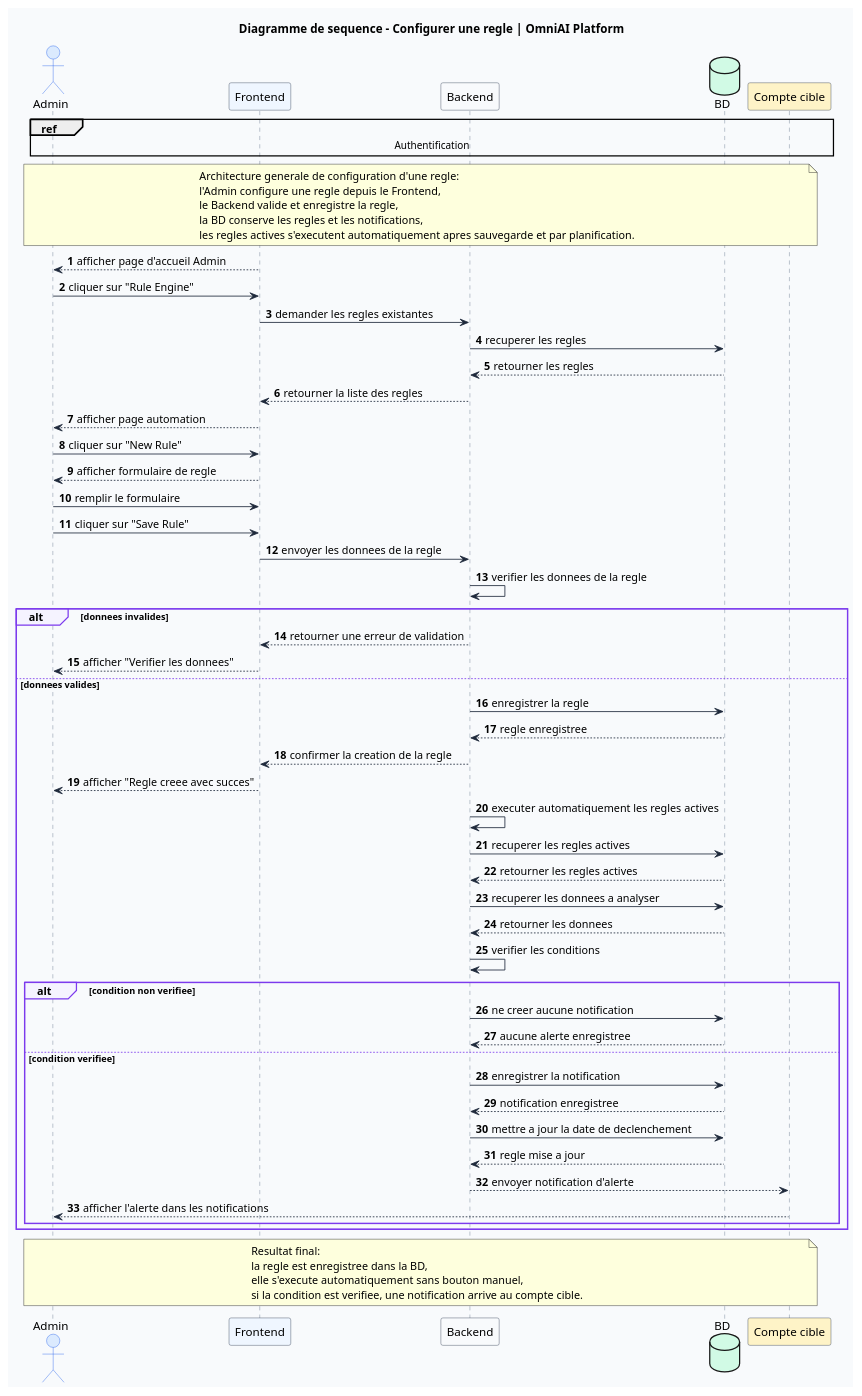
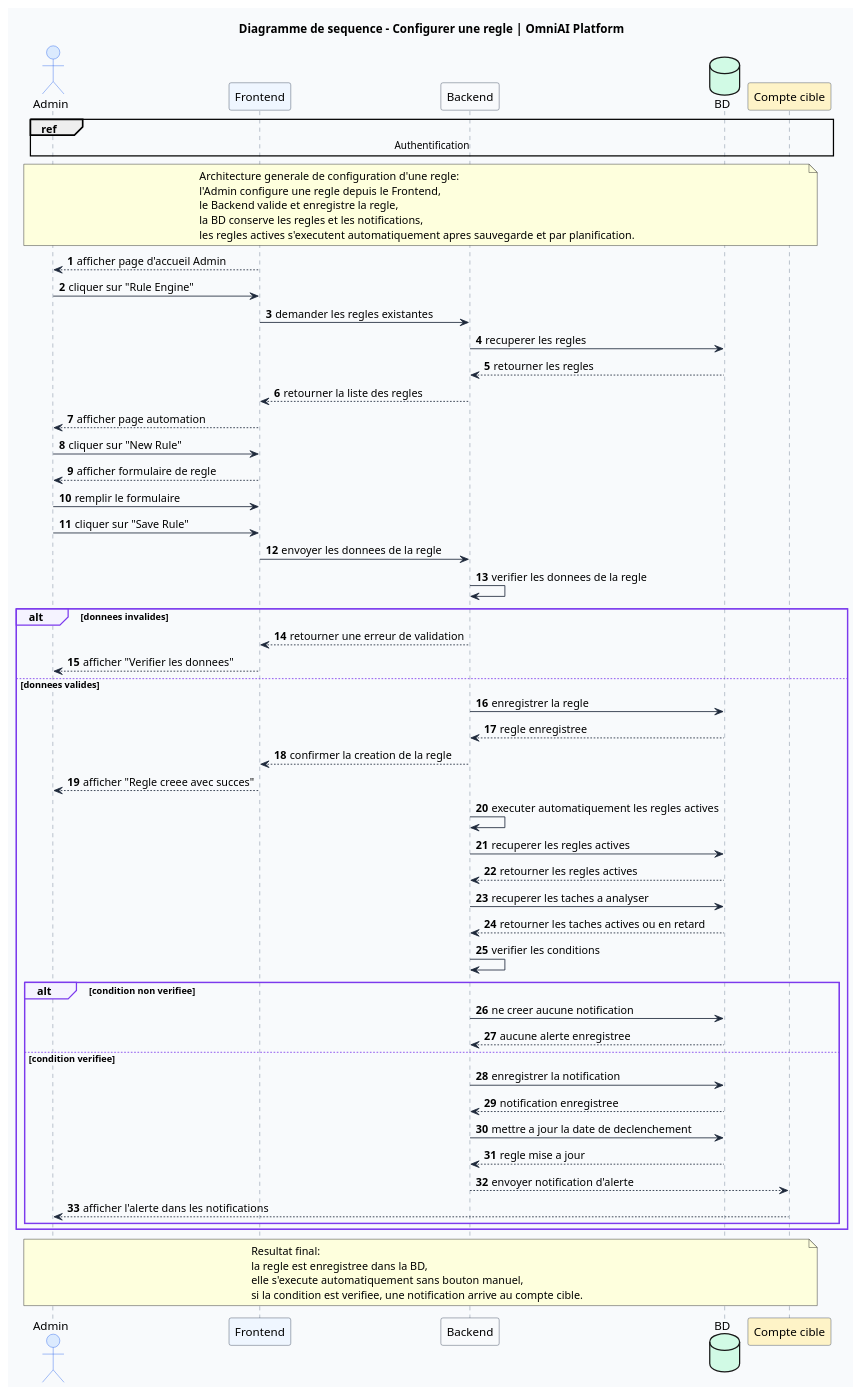
Before and after one commit to achekz/omnia: the diagram in conception.md, drawn with PlantUML. The commit also changed 7 other files, not shown here.

```diff
--- a/conception.md
+++ b/conception.md
@@ -70,8 +70,8 @@
   Backend -> Database : recuperer les regles actives
   Database --> Backend : retourner les regles actives
 
-  Backend -> Database : recuperer les donnees a analyser
-  Database --> Backend : retourner les donnees
+  Backend -> Database : recuperer les taches a analyser
+  Database --> Backend : retourner les taches actives ou en retard
 
   Backend -> Backend : verifier les conditions
 
```
